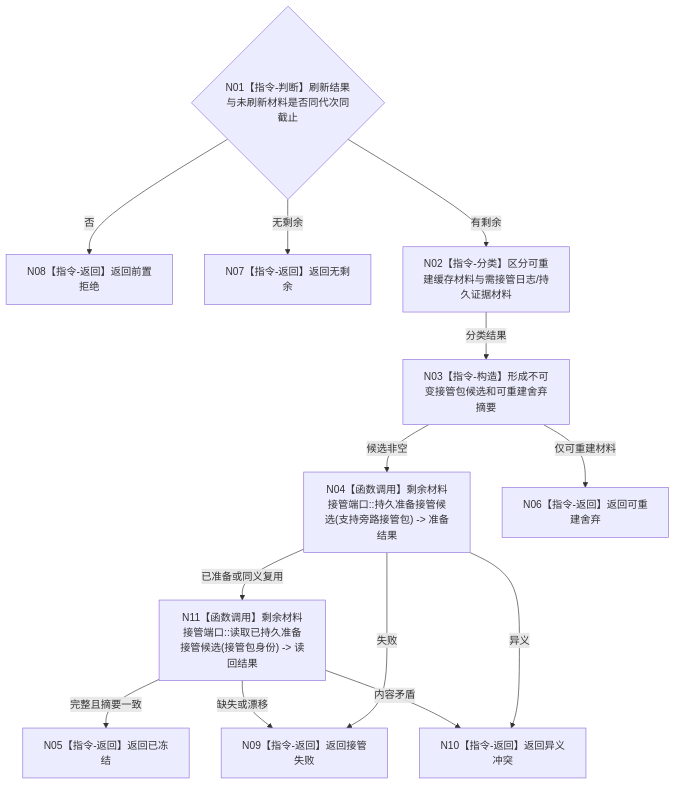
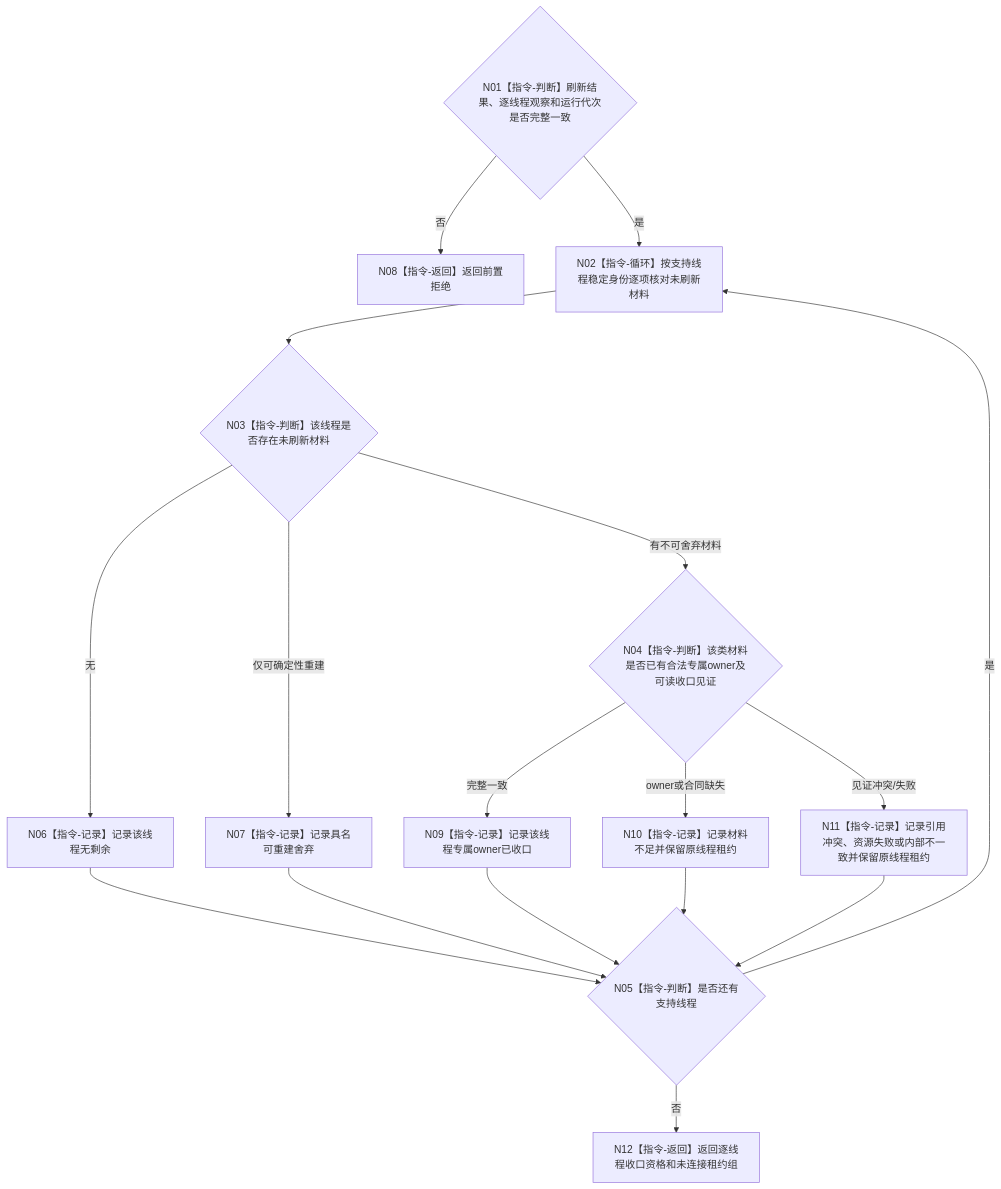
The diagram in 流程图/目标业务流程图/L3/BIZ-L3-001-15-02_冻结未刷新旁路材料_目标函数流程图_v0.1.md (chunhaizh-cyber/HY-Ego), drawn with Mermaid before and after one commit. The commit also changed other lines of this file and 28 other files, not shown here.

````diff
--- a/流程图/目标业务流程图/L3/BIZ-L3-001-15-02_冻结未刷新旁路材料_目标函数流程图_v0.1.md
+++ b/流程图/目标业务流程图/L3/BIZ-L3-001-15-02_冻结未刷新旁路材料_目标函数流程图_v0.1.md
@@ -30,15 +30,19 @@
 ```mermaid
 flowchart TD
-    N01{"N01【指令-判断】刷新结果与未刷新材料是否同代次同截止"} -->|否| N08["N08【指令-返回】返回前置拒绝"]
-    N01 -->|无剩余| N07["N07【指令-返回】返回无剩余"]
-    N01 -->|有剩余| N02["N02【指令-分类】区分可重建缓存材料与需接管日志/持久证据材料"]
-    N02 -->|分类结果| N03["N03【指令-构造】形成不可变接管包候选和可重建舍弃摘要"]
-    N03 -->|候选非空| N04["N04【函数调用】剩余材料接管端口::持久准备接管候选(支持旁路接管包) -> 准备结果"]
-    N03 -->|仅可重建材料| N06["N06【指令-返回】返回可重建舍弃"]
-    N04 -->|已准备或同义复用| N11["N11【函数调用】剩余材料接管端口::读取已持久准备接管候选(接管包身份) -> 读回结果"]
-    N11 -->|完整且摘要一致| N05["N05【指令-返回】返回已冻结"]
-    N11 -->|缺失或漂移| N09
-    N11 -->|内容矛盾| N10
-    N04 -->|失败| N09["N09【指令-返回】返回接管失败"]
-    N04 -->|异义| N10["N10【指令-返回】返回异义冲突"]
+    N01{"N01【指令-判断】刷新结果、逐线程观察和运行代次是否完整一致"} -->|否| N08["N08【指令-返回】返回前置拒绝"]
+    N01 -->|是| N02["N02【指令-循环】按支持线程稳定身份逐项核对未刷新材料"]
+    N02 --> N03{"N03【指令-判断】该线程是否存在未刷新材料"}
+    N03 -->|无| N06["N06【指令-记录】记录该线程无剩余"]
+    N03 -->|仅可确定性重建| N07["N07【指令-记录】记录具名可重建舍弃"]
+    N03 -->|有不可舍弃材料| N04{"N04【指令-判断】该类材料是否已有合法专属owner及可读收口见证"}
+    N04 -->|完整一致| N09["N09【指令-记录】记录该线程专属owner已收口"]
+    N04 -->|owner或合同缺失| N10["N10【指令-记录】记录材料不足并保留原线程租约"]
+    N04 -->|见证冲突/失败| N11["N11【指令-记录】记录引用冲突、资源失败或内部不一致并保留原线程租约"]
+    N06 --> N05{"N05【指令-判断】是否还有支持线程"}
+    N07 --> N05
+    N09 --> N05
+    N10 --> N05
+    N11 --> N05
+    N05 -->|是| N02
+    N05 -->|否| N12["N12【指令-返回】返回逐线程收口资格和未连接租约组"]
 ```
````
